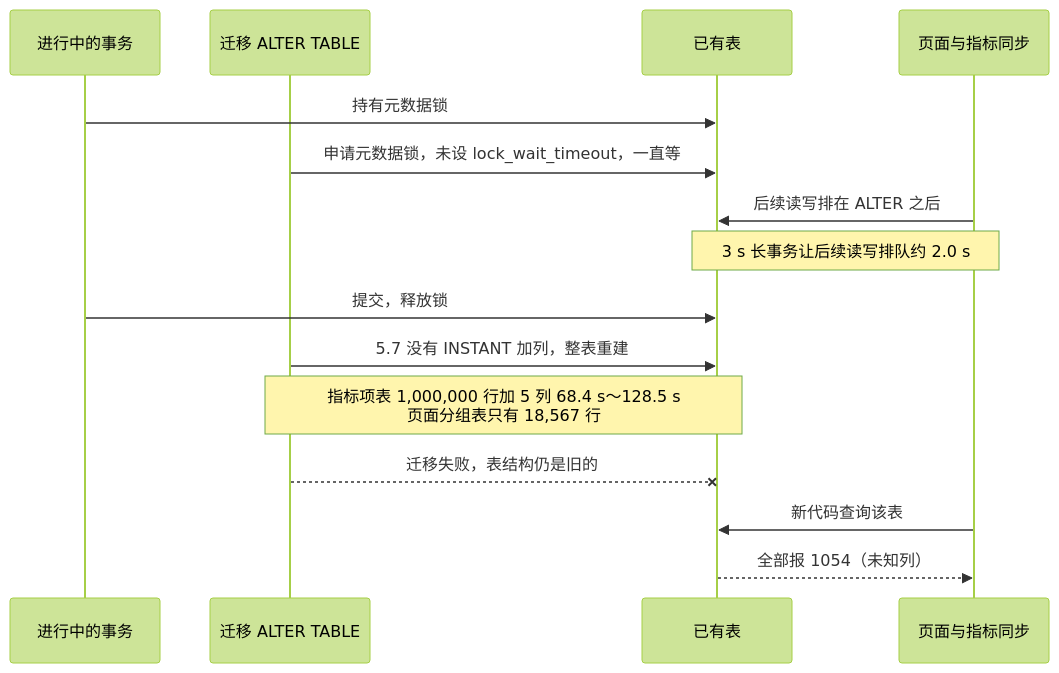
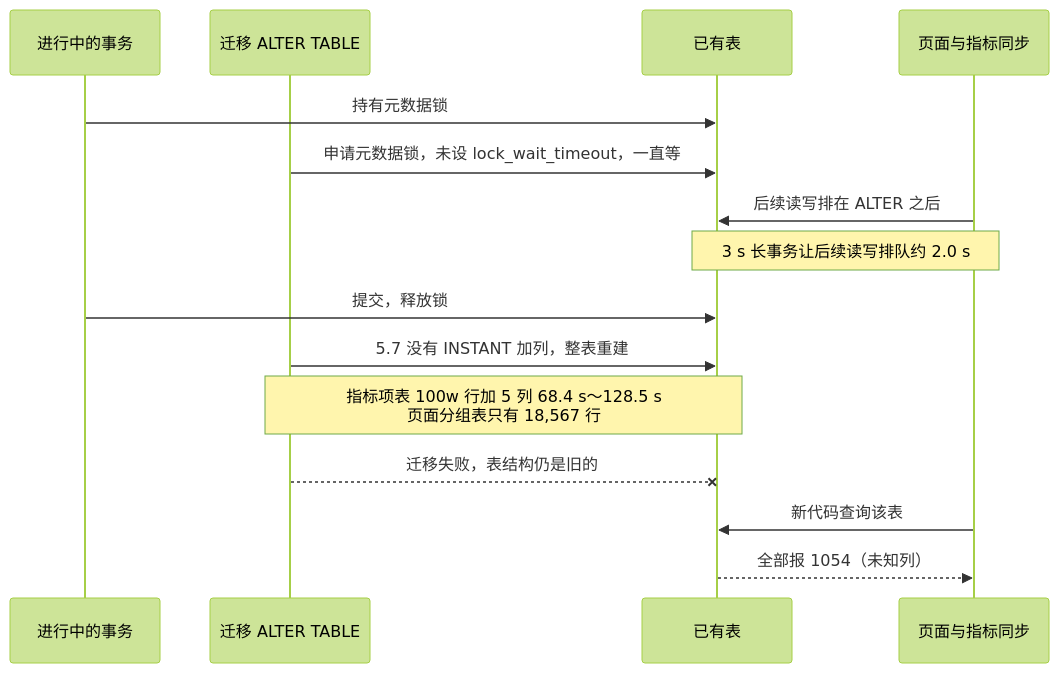
One commit to ZhuoZhuoCrayon/ai-workspace changed the sixth of 28 diagrams in knowledge/bkmonitor/issues/2026-09-15-custom-metric-metadata/PLAN.md. Above: the diagram before and after it, drawn with Mermaid (forest theme). The commit also changed other lines of this file, not shown here.

````diff
--- a/knowledge/bkmonitor/issues/2026-09-15-custom-metric-metadata/PLAN.md
+++ b/knowledge/bkmonitor/issues/2026-09-15-custom-metric-metadata/PLAN.md
@@ -352,17 +352,17 @@
 ```mermaid
 sequenceDiagram
     participant T as 进行中的事务
     participant A as 迁移 ALTER TABLE
     participant M as 已有表
     participant R as 页面与指标同步
     T->>M: 持有元数据锁
     A->>M: 申请元数据锁，未设 lock_wait_timeout，一直等
     R->>M: 后续读写排在 ALTER 之后
     Note over R,M: 3 s 长事务让后续读写排队约 2.0 s
     T->>M: 提交，释放锁
     A->>M: 5.7 没有 INSTANT 加列，整表重建
-    Note over A,M: 指标项表 1,000,000 行加 5 列 68.4 s～128.5 s<br/>页面分组表只有 18,567 行
+    Note over A,M: 指标项表 100w 行加 5 列 68.4 s～128.5 s<br/>页面分组表只有 18,567 行
     A--xM: 迁移失败，表结构仍是旧的
     R->>M: 新代码查询该表
     M-->>R: 全部报 1054（未知列）
 ```
````
